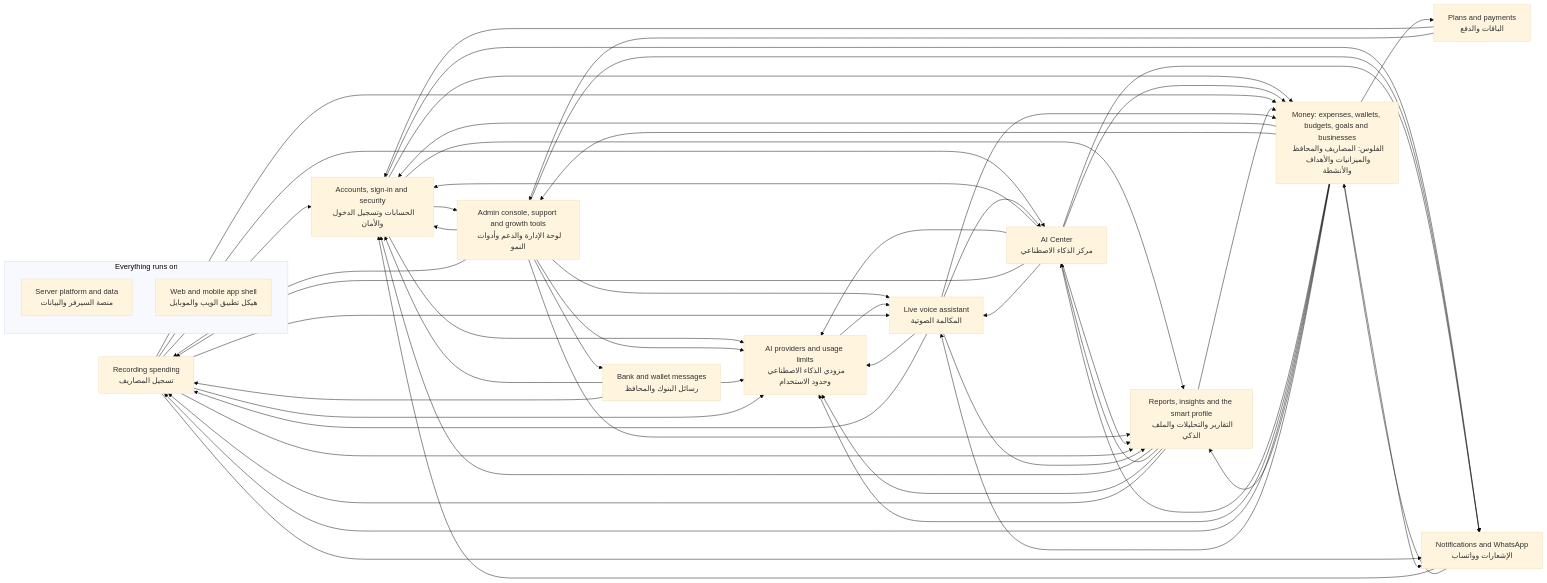
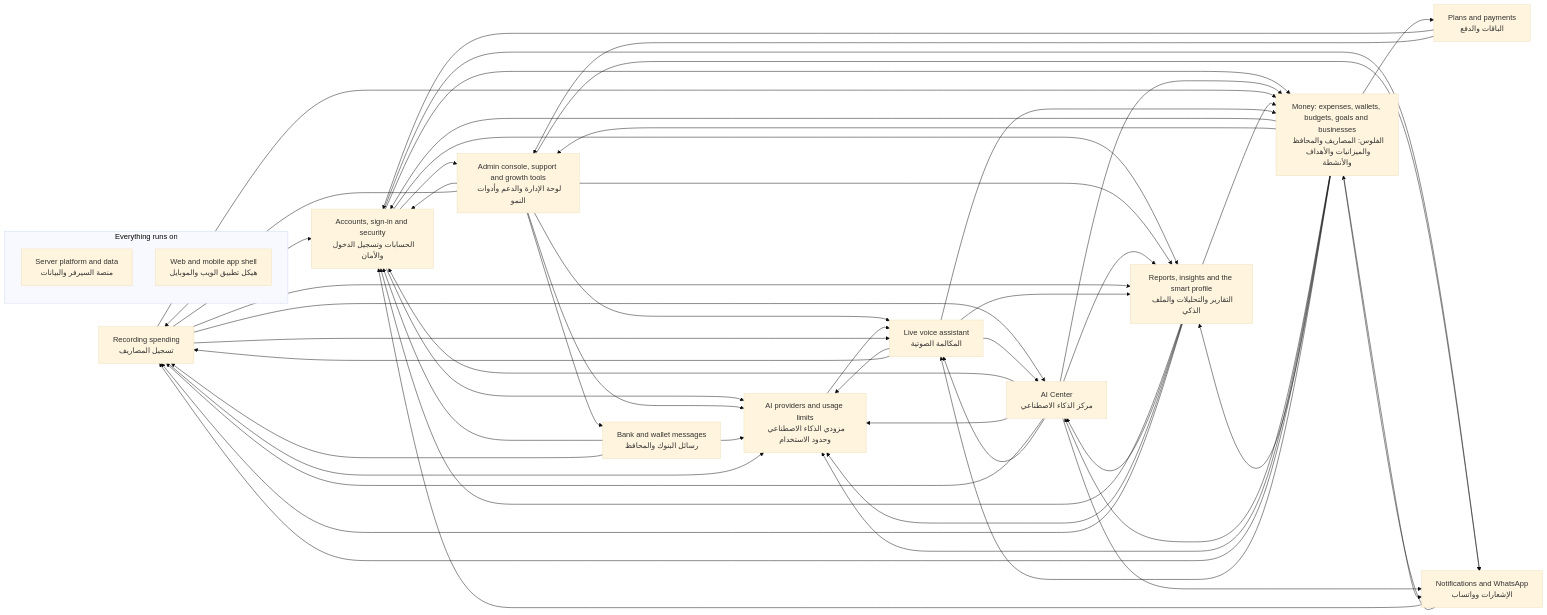
Before and after one commit to mahmoudtaherr111/smartspend_mini_all: the diagram in docs/atlas/systems/README.md, drawn with Mermaid (base theme). The commit also changed other lines of this file and 27 other files, not shown here.

````diff
--- a/docs/atlas/systems/README.md
+++ b/docs/atlas/systems/README.md
@@ -15,71 +15,70 @@
 ```mermaid
 flowchart LR
   sys_expense_capture["Recording spending<br/>تسجيل المصاريف"]
   sys_bank_messages["Bank and wallet messages<br/>رسائل البنوك والمحافظ"]
   sys_voice_calls["Live voice assistant<br/>المكالمة الصوتية"]
   sys_ai_center["AI Center<br/>مركز الذكاء الاصطناعي"]
   sys_insights["Reports, insights and the smart profile<br/>التقارير والتحليلات والملف الذكي"]
   sys_money["Money: expenses, wallets, budgets, goals and businesses<br/>الفلوس: المصاريف والمحافظ والميزانيات والأهداف والأنشطة"]
   sys_accounts["Accounts, sign-in and security<br/>الحسابات وتسجيل الدخول والأمان"]
   sys_billing["Plans and payments<br/>الباقات والدفع"]
   sys_notifications["Notifications and WhatsApp<br/>الإشعارات وواتساب"]
   sys_admin["Admin console, support and growth tools<br/>لوحة الإدارة والدعم وأدوات النمو"]
   sys_ai_platform["AI providers and usage limits<br/>مزودي الذكاء الاصطناعي وحدود الاستخدام"]
   subgraph g_foundation["Everything runs on"]
     sys_platform["Server platform and data<br/>منصة السيرفر والبيانات"]
     sys_web_app["Web and mobile app shell<br/>هيكل تطبيق الويب والموبايل"]
   end
   sys_accounts --> sys_admin
   sys_accounts --> sys_ai_platform
   sys_accounts --> sys_insights
   sys_accounts --> sys_money
   sys_accounts --> sys_notifications
   sys_admin --> sys_accounts
   sys_admin --> sys_ai_platform
   sys_admin --> sys_bank_messages
   sys_admin --> sys_expense_capture
   sys_admin --> sys_insights
   sys_admin --> sys_notifications
   sys_admin --> sys_voice_calls
   sys_ai_center --> sys_accounts
   sys_ai_center --> sys_ai_platform
   sys_ai_center --> sys_expense_capture
   sys_ai_center --> sys_insights
   sys_ai_center --> sys_money
   sys_ai_center --> sys_notifications
   sys_ai_center --> sys_voice_calls
   sys_ai_platform --> sys_voice_calls
   sys_bank_messages --> sys_accounts
   sys_bank_messages --> sys_ai_platform
   sys_bank_messages --> sys_expense_capture
   sys_billing --> sys_accounts
   sys_billing --> sys_admin
   sys_expense_capture --> sys_accounts
   sys_expense_capture --> sys_ai_center
   sys_expense_capture --> sys_ai_platform
   sys_expense_capture --> sys_insights
   sys_expense_capture --> sys_money
-  sys_expense_capture --> sys_notifications
   sys_expense_capture --> sys_voice_calls
   sys_insights --> sys_accounts
   sys_insights --> sys_ai_center
   sys_insights --> sys_ai_platform
   sys_insights --> sys_expense_capture
   sys_insights --> sys_money
   sys_money --> sys_accounts
   sys_money --> sys_admin
   sys_money --> sys_ai_center
   sys_money --> sys_ai_platform
   sys_money --> sys_billing
   sys_money --> sys_expense_capture
   sys_money --> sys_insights
   sys_money --> sys_notifications
   sys_money --> sys_voice_calls
   sys_notifications --> sys_accounts
   sys_notifications --> sys_money
   sys_voice_calls --> sys_ai_center
   sys_voice_calls --> sys_ai_platform
   sys_voice_calls --> sys_expense_capture
   sys_voice_calls --> sys_insights
   sys_voice_calls --> sys_money
 ```
````
